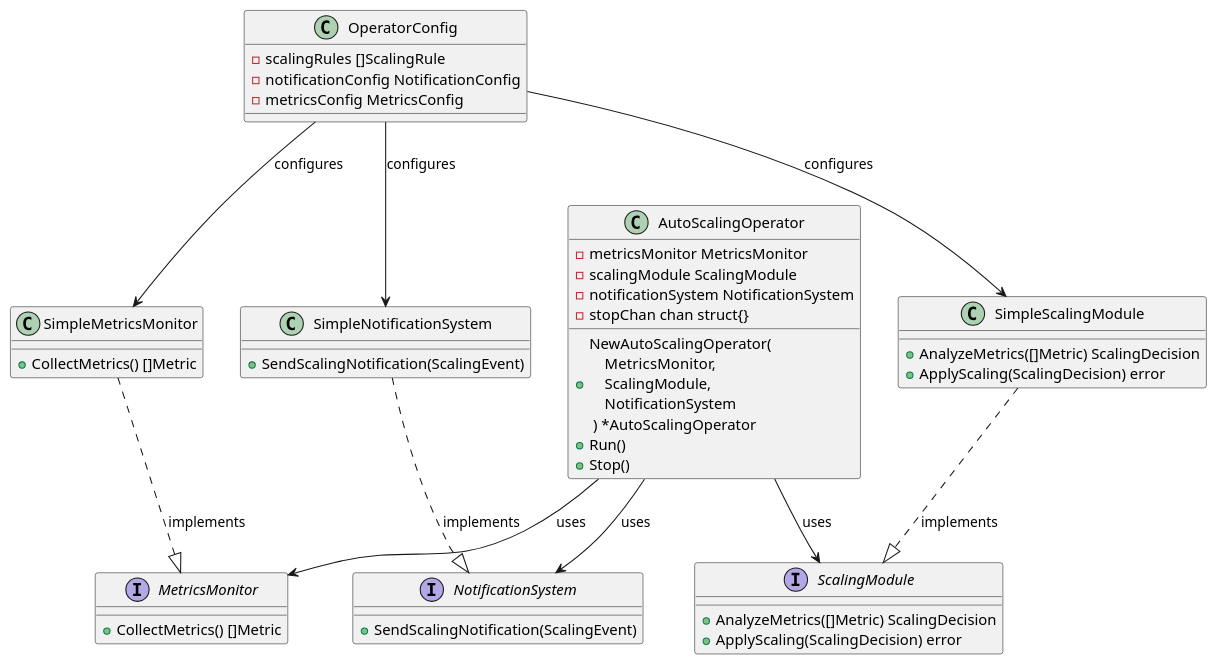
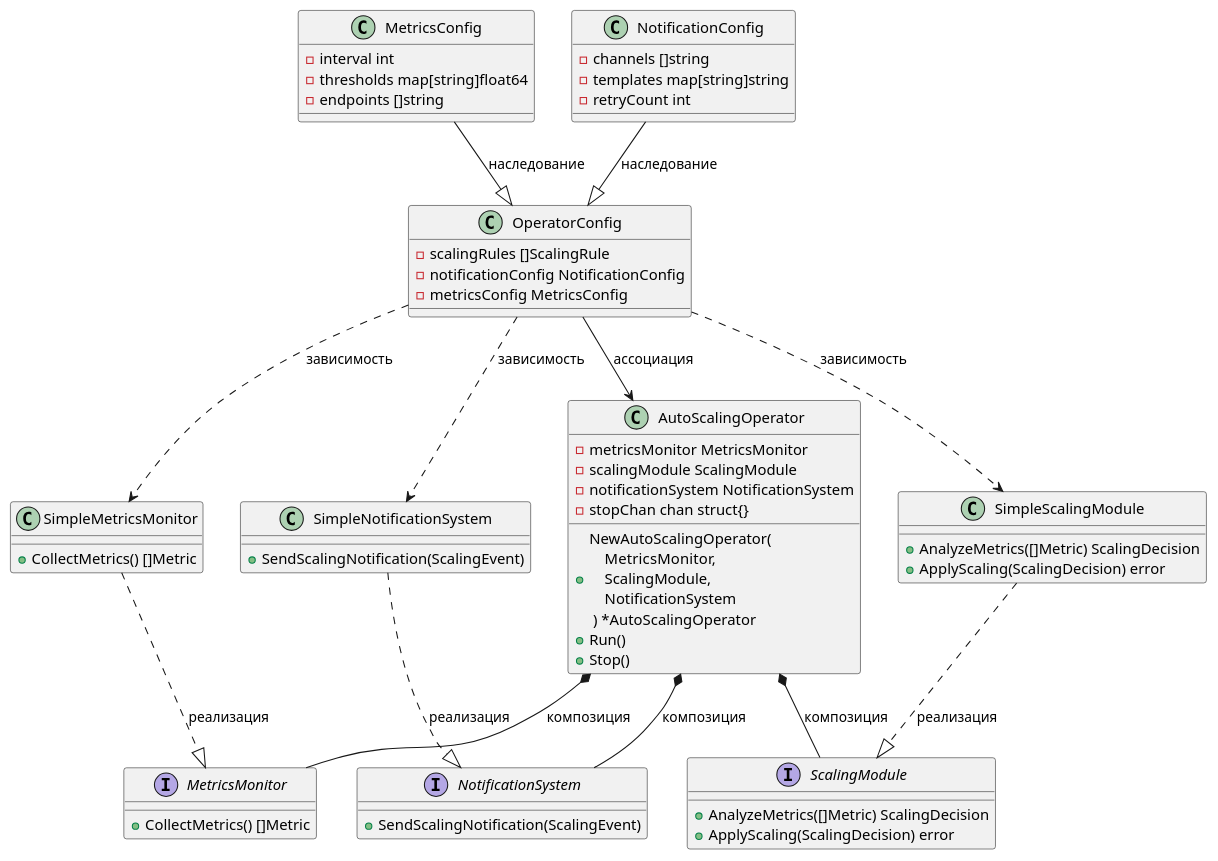
One commit to Pysdbi/k8s-load-manager changed the diagram in docs/classes_diagram/classes_diagram.puml. Above: the diagram before and after it, drawn with PlantUML. The commit also changed 1 other file, not shown here.

```diff
--- a/docs/classes_diagram/classes_diagram.puml
+++ b/docs/classes_diagram/classes_diagram.puml
@@ -1,66 +1,85 @@
 @startuml classes_diagram.puml
 ' Диаграмма классов для ASO (Auto Scaling Operator)
 
 ' Основные интерфейсы
 interface MetricsMonitor {
   +CollectMetrics() []Metric
 }
 
 interface ScalingModule {
   +AnalyzeMetrics([]Metric) ScalingDecision
   +ApplyScaling(ScalingDecision) error
 }
 
 interface NotificationSystem {
   +SendScalingNotification(ScalingEvent)
 }
 
 ' Основной класс оператора
 class AutoScalingOperator {
   -metricsMonitor MetricsMonitor
   -scalingModule ScalingModule
   -notificationSystem NotificationSystem
   -stopChan chan struct{}
   +NewAutoScalingOperator(\n\
     MetricsMonitor,\n\
     ScalingModule,\n\
     NotificationSystem\n ) *AutoScalingOperator
   +Run()
   +Stop()
 }
 
 ' Конфигурация оператора
 class OperatorConfig {
   -scalingRules []ScalingRule
   -notificationConfig NotificationConfig
   -metricsConfig MetricsConfig
 }
 
+' Конфигурация метрик
+class MetricsConfig {
+  -interval int
+  -thresholds map[string]float64
+  -endpoints []string
+}
+
+' Конфигурация уведомлений
+class NotificationConfig {
+  -channels []string
+  -templates map[string]string
+  -retryCount int
+}
+
 ' Реализации интерфейсов
 class SimpleMetricsMonitor {
   +CollectMetrics() []Metric
 }
 
 class SimpleScalingModule {
   +AnalyzeMetrics([]Metric) ScalingDecision
   +ApplyScaling(ScalingDecision) error
 }
 
 class SimpleNotificationSystem {
   +SendScalingNotification(ScalingEvent)
 }
 
-' Связи между классами
-AutoScalingOperator --> MetricsMonitor : "uses"
-AutoScalingOperator --> ScalingModule : "uses"
-AutoScalingOperator --> NotificationSystem : "uses"
+' Связи
+AutoScalingOperator *-- MetricsMonitor : "композиция"
+AutoScalingOperator *-- ScalingModule : "композиция"
+AutoScalingOperator *-- NotificationSystem : "композиция"
 
-OperatorConfig --> SimpleMetricsMonitor : "configures"
-OperatorConfig --> SimpleScalingModule : "configures"
-OperatorConfig --> SimpleNotificationSystem : "configures"
+OperatorConfig ..> SimpleMetricsMonitor : "зависимость"
+OperatorConfig ..> SimpleScalingModule : "зависимость"
+OperatorConfig ..> SimpleNotificationSystem : "зависимость"
 
-SimpleMetricsMonitor ..|> MetricsMonitor : "implements"
-SimpleScalingModule ..|> ScalingModule : "implements"
-SimpleNotificationSystem ..|> NotificationSystem : "implements"
+SimpleMetricsMonitor ..|> MetricsMonitor : "реализация"
+SimpleScalingModule ..|> ScalingModule : "реализация"
+SimpleNotificationSystem ..|> NotificationSystem : "реализация"
+
+OperatorConfig --> AutoScalingOperator : "ассоциация"
+
+MetricsConfig --|> OperatorConfig : "наследование"
+NotificationConfig --|> OperatorConfig : "наследование"
 
 @enduml
```
